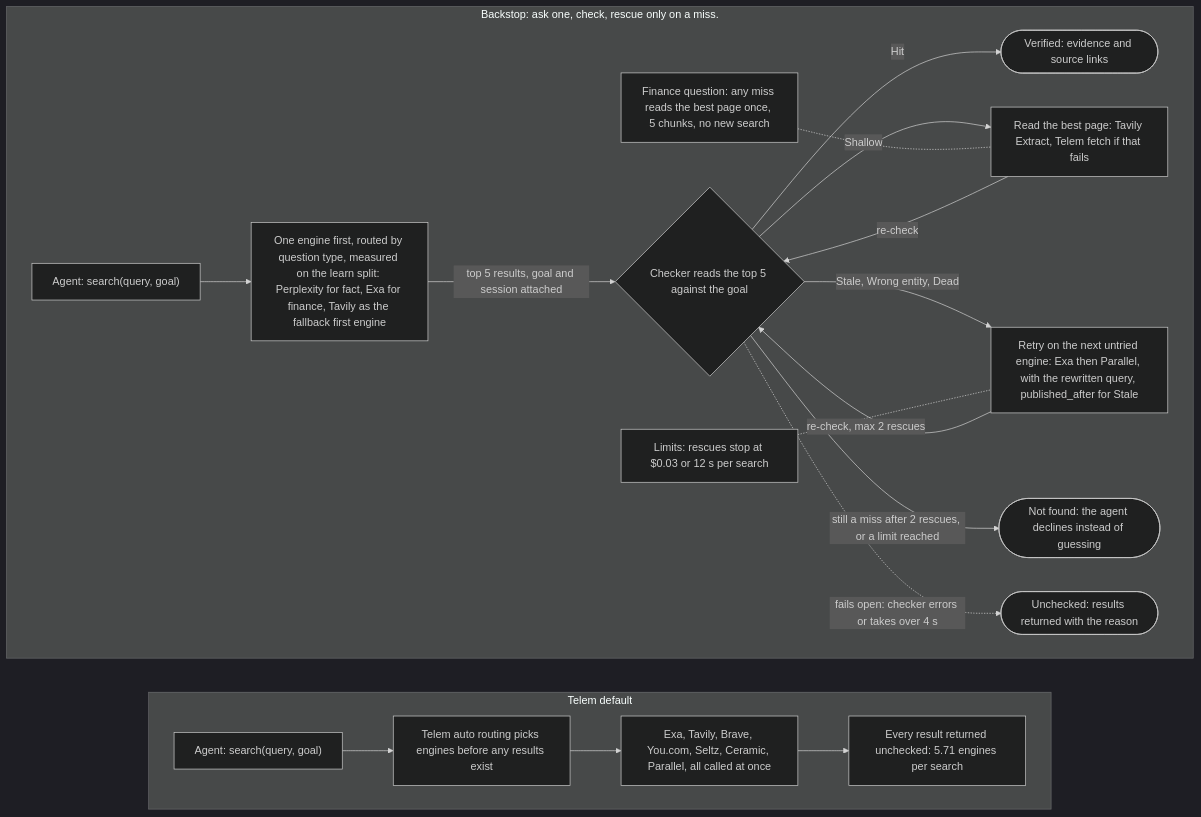
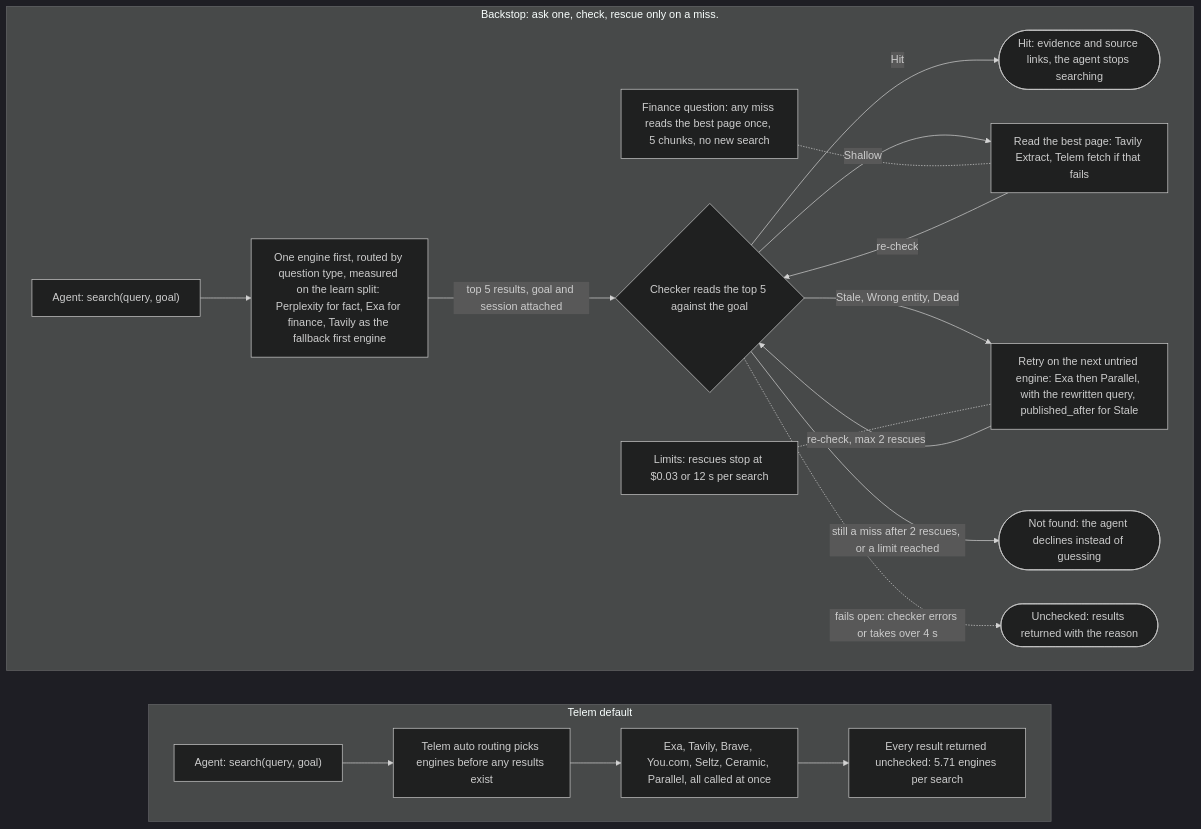
Before and after one commit to oliverrowebardeen/backstop: the diagram in README.md, drawn with Mermaid (dark theme). The commit also changed other lines of this file and 1 other file, not shown here.

````diff
--- a/README.md
+++ b/README.md
@@ -39,23 +49,23 @@
 ```mermaid
 flowchart LR
   subgraph TELEM["Telem default"]
     direction LR
     d1["Agent: search(query, goal)"] --> d2["Telem auto routing picks engines before any results exist"]
     d2 --> d3["Exa, Tavily, Brave, You.com, Seltz, Ceramic, Parallel, all called at once"]
     d3 --> d4["Every result returned unchecked: 5.71 engines per search"]
   end
   subgraph BACKSTOP["Backstop: ask one, check, rescue only on a miss."]
     direction LR
     a["Agent: search(query, goal)"] --> f["One engine first, routed by question type, measured on the learn split: Perplexity for fact, Exa for finance, Tavily as the fallback first engine"]
     f -->|"top 5 results, goal and session attached"| c{"Checker reads the top 5 against the goal"}
-    c -->|"Hit"| ok(["Verified: evidence and source links"])
+    c -->|"Hit"| ok(["Hit: evidence and source links, the agent stops searching"])
     c -->|"Shallow"| p["Read the best page: Tavily Extract, Telem fetch if that fails"]
     p -->|"re-check"| c
     c -->|"Stale, Wrong entity, Dead"| r["Retry on the next untried engine: Exa then Parallel, with the rewritten query, published_after for Stale"]
     r -->|"re-check, max 2 rescues"| c
     c -->|"still a miss after 2 rescues, or a limit reached"| nf(["Not found: the agent declines instead of guessing"])
     c -.->|"fails open: checker errors or takes over 4 s"| un(["Unchecked: results returned with the reason"])
     fin["Finance question: any miss reads the best page once, 5 chunks, no new search"] -.- p
     lim["Limits: rescues stop at $0.03 or 12 s per search"] -.- r
   end
 ```
````
